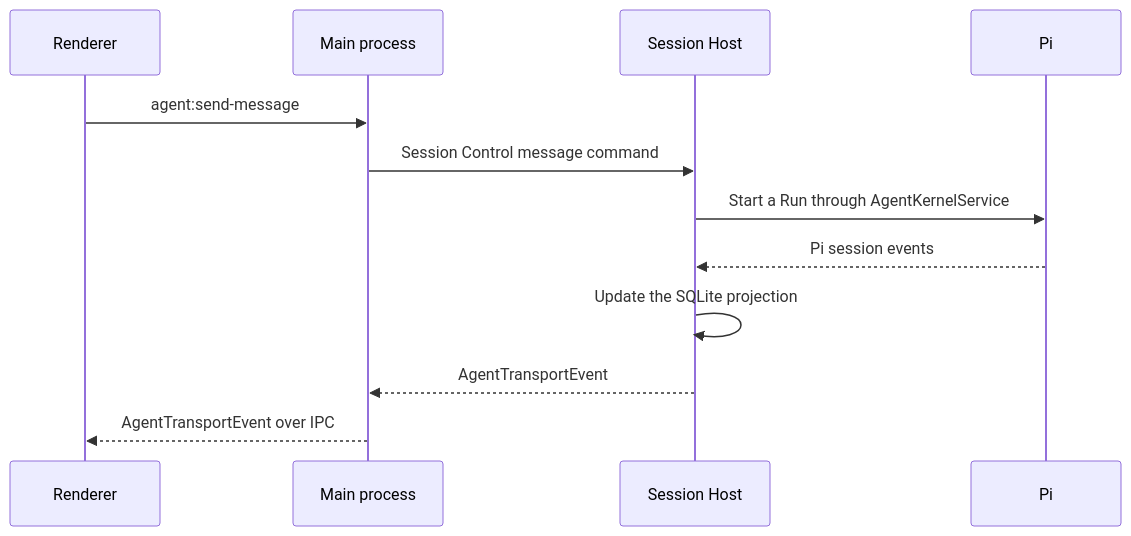
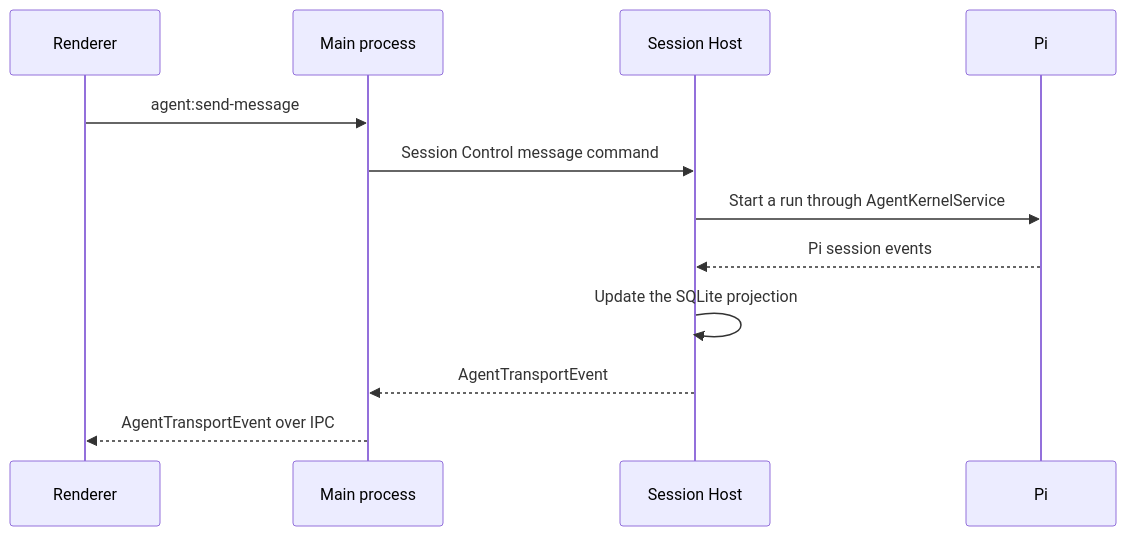
One commit to OpenWaggle/OpenWaggle changed the diagram in website/src/content/docs/developer-workflow/pi-runtime.md. Above: the diagram before and after it, drawn with Mermaid. The commit also changed other lines of this file and 10 other files, not shown here.

````diff
--- a/website/src/content/docs/developer-workflow/pi-runtime.md
+++ b/website/src/content/docs/developer-workflow/pi-runtime.md
@@ -26,14 +26,14 @@
 ```mermaid
 sequenceDiagram
   participant R as Renderer
   participant M as Main process
   participant H as Session Host
   participant P as Pi
   R->>M: agent:send-message
   M->>H: Session Control message command
-  H->>P: Start a Run through AgentKernelService
+  H->>P: Start a run through AgentKernelService
   P-->>H: Pi session events
   H->>H: Update the SQLite projection
   H-->>M: AgentTransportEvent
   M-->>R: AgentTransportEvent over IPC
 ```
````
